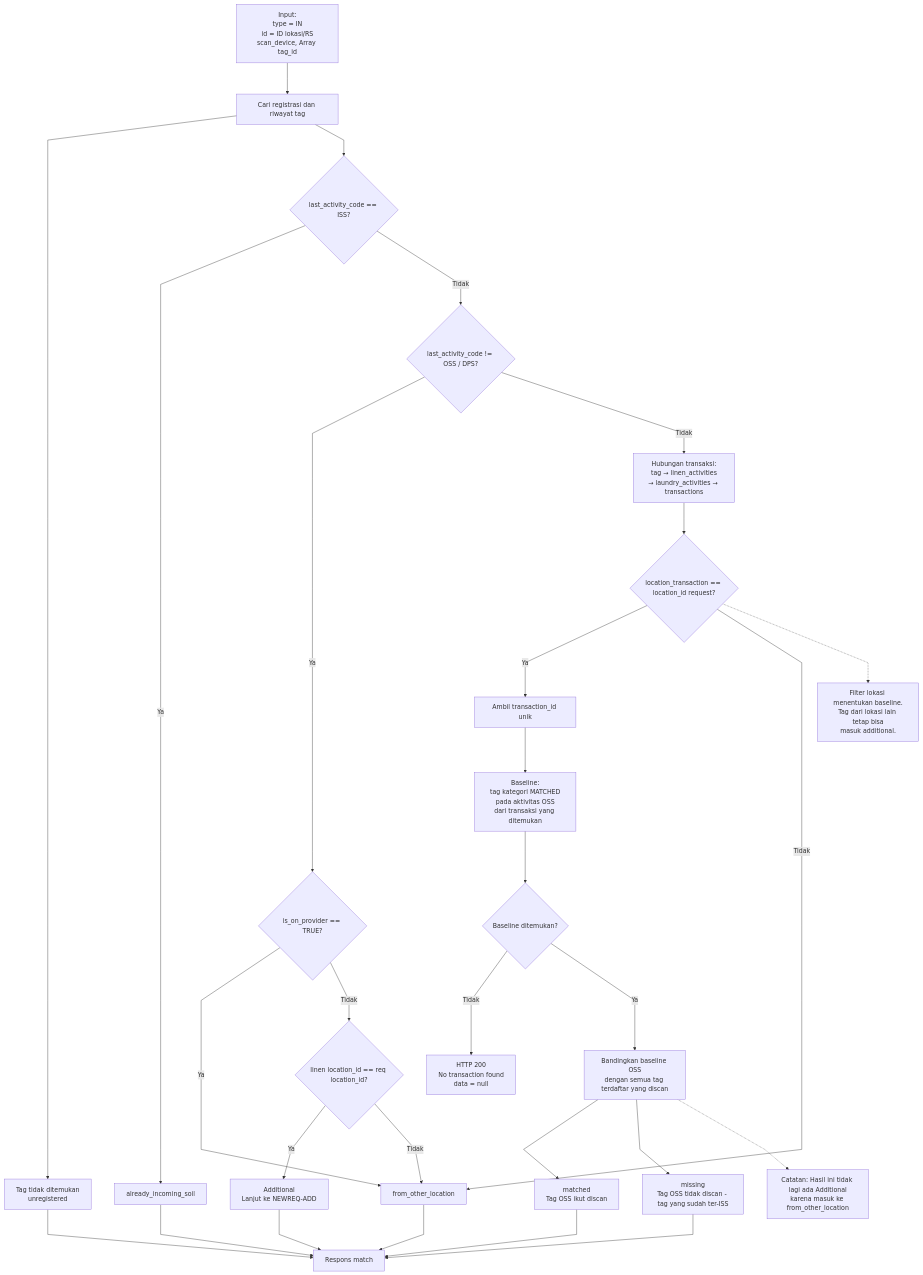
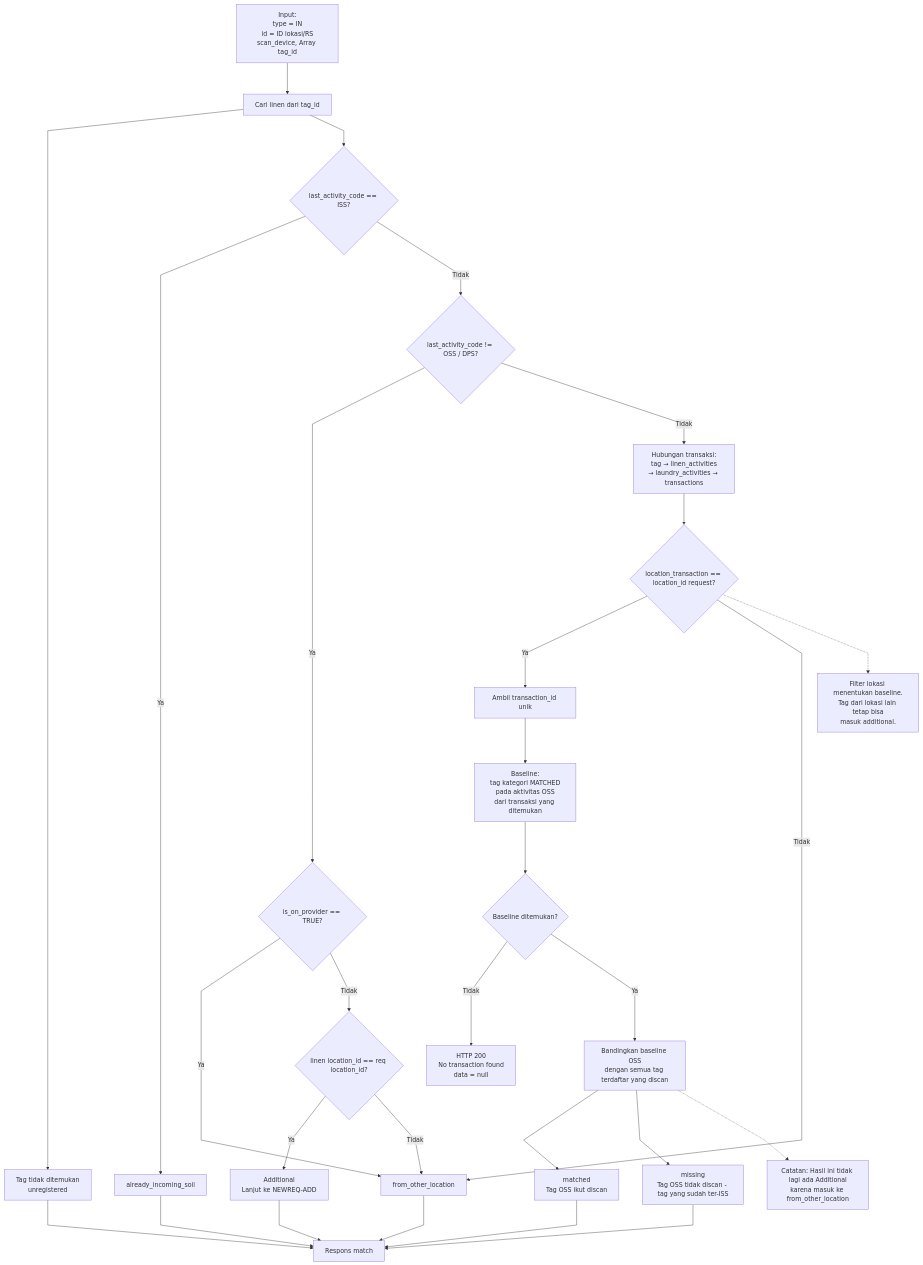
The first of 3 diagrams in laundry-activities/incoming-soil.md (bagaskrmn/bac-flow-laundry), drawn with Mermaid before and after one commit. The commit also changed 1 other file, not shown here.

````diff
--- a/laundry-activities/incoming-soil.md
+++ b/laundry-activities/incoming-soil.md
@@ -3,42 +3,44 @@
 ```mermaid
 %%{init: {'flowchart': {'curve': 'linear', 'nodeSpacing': 60, 'rankSpacing': 80, 'diagramPadding': 24}}}%%
 flowchart TD
     N_IN["Input:<br/>type = IN<br/>id = ID lokasi/RS<br/>scan_device, Array tag_id"]
 
-    N_IN --> N_LOOKUP["Cari registrasi dan riwayat tag"]
+    N_IN --> N_LOOKUP["Cari linen dari tag_id"]
 
     N_LOOKUP --> N_UNREG["Tag tidak ditemukan<br/>unregistered"]
     N_LOOKUP --> N_CHECK_ISS{"last_activity_code == ISS?"}
 
     N_CHECK_ISS -->|Ya| N_ALREADY["already_incoming_soil"]
     N_CHECK_ISS -->|Tidak| N_CHECK_ACT{"last_activity_code != OSS / DPS?"}
 
     N_CHECK_ACT -->|Ya| N_CHECK_PROV{"is_on_provider == TRUE?"}
     N_CHECK_PROV -->|Ya| N_OTHERLOC["from_other_location"]
     N_CHECK_PROV -->|Tidak| N_CHECK_LOC2{"linen location_id == req location_id?"}
     N_CHECK_LOC2 -->|Ya| N_ADD_NEWREQ["Additional<br/>Lanjut ke NEWREQ-ADD"]
     N_CHECK_LOC2 -->|Tidak| N_OTHERLOC
 
     N_CHECK_ACT -->|Tidak| N_HISTORY["Hubungan transaksi:<br/>tag → linen_activities<br/>→ laundry_activities → transactions"]
 
     N_HISTORY --> N_FILTER{"location_transaction == location_id request?"}
     N_FILTER -->|Ya| N_IDS["Ambil transaction_id unik"]
     N_FILTER -->|Tidak| N_OTHERLOC
     N_IDS --> N_BASE["Baseline:<br/>tag kategori MATCHED<br/>pada aktivitas OSS<br/>dari transaksi yang ditemukan"]
 
     N_BASE --> N_EXISTS{"Baseline ditemukan?"}
     N_EXISTS -->|Tidak| N_EMPTY["HTTP 200<br/>No transaction found<br/>data = null"]
     N_EXISTS -->|Ya| N_COMP["Bandingkan baseline OSS<br/>dengan semua tag terdaftar yang discan"]
 
     N_COMP --> N_MATCH["matched<br/>Tag OSS ikut discan"]
     N_COMP --> N_MISS["missing<br/>Tag OSS tidak discan - tag yang sudah ter-ISS"]
     N_COMP -.-> N_ADDNOTE["Catatan: Hasil ini tidak lagi ada Additional<br/>karena masuk ke from_other_location"]
     N_MATCH --> N_RES["Respons match"]
     N_MISS --> N_RES
     N_UNREG --> N_RES
     N_ALREADY --> N_RES
     N_OTHERLOC --> N_RES
     N_ADD_NEWREQ --> N_RES
 
     N_FILTER -.-> N_LOCNOTE["Filter lokasi menentukan baseline.<br/>Tag dari lokasi lain tetap bisa<br/>masuk additional."]
+
+    class N_CHECK_ISS,N_CHECK_ACT danger
 ```
````
